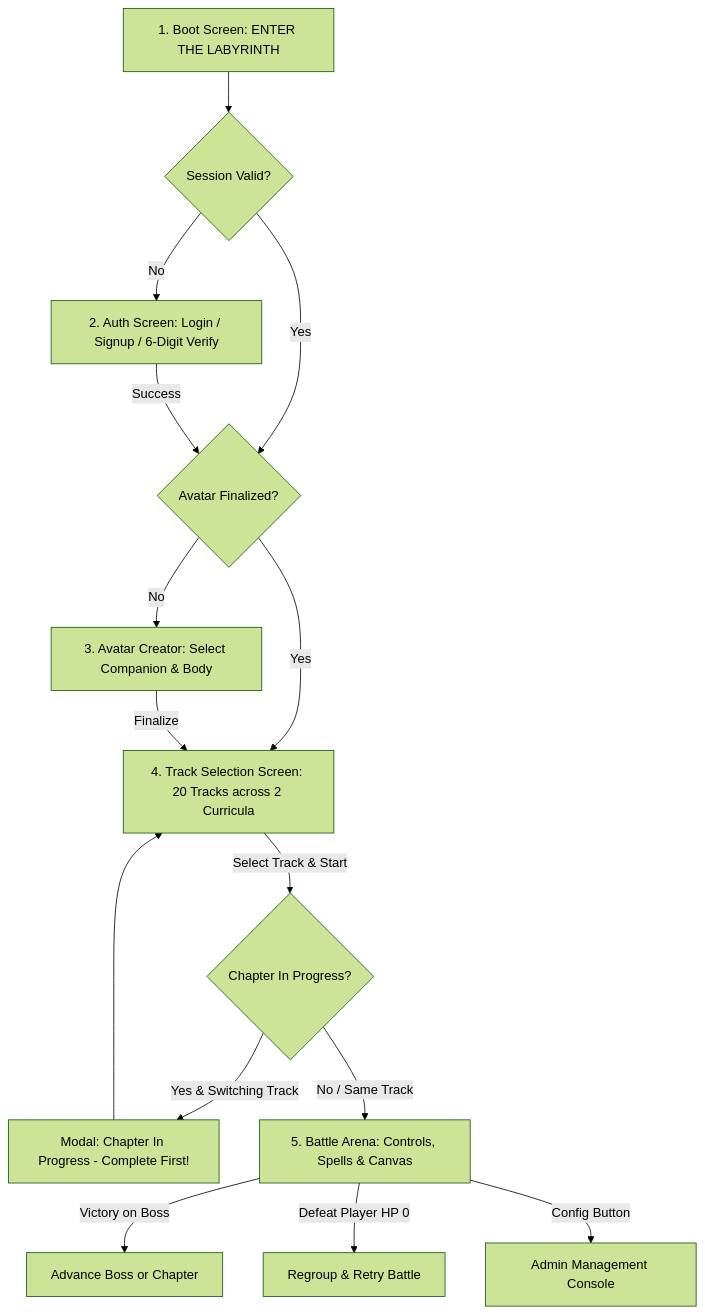
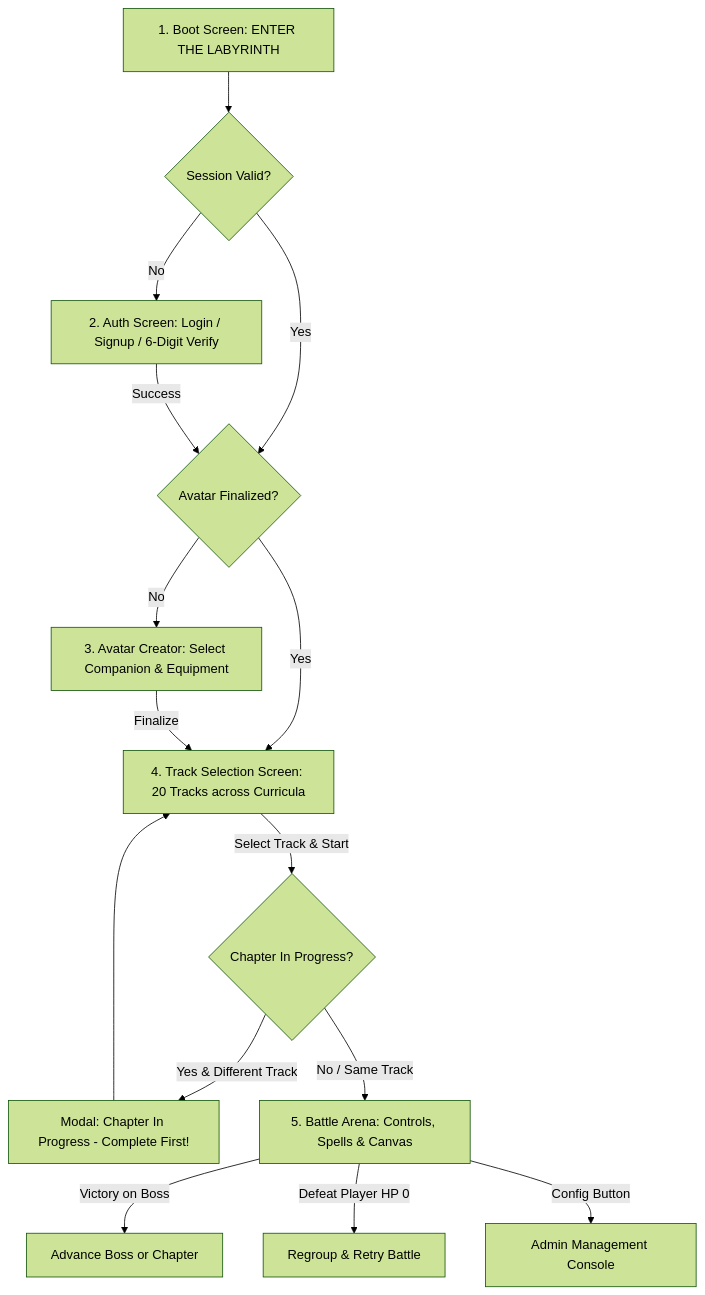
Before and after one commit to DKxi/OrganicBattlesProductionUpgrade: the fifth of 5 diagrams in cookbook.md, drawn with Mermaid (forest theme). The commit also changed other lines of this file, not shown here.

Commit message:
docs: modernize and expand cookbook.md with complete architecture, invariant guards, diagrams, and operational constraints

````diff
--- a/cookbook.md
+++ b/cookbook.md
@@ -485,17 +589,17 @@
 ```mermaid
 graph TD
     Boot[1. Boot Screen: ENTER THE LABYRINTH] --> AuthCheck{Session Valid?}
     AuthCheck -->|No| Auth[2. Auth Screen: Login / Signup / 6-Digit Verify]
     AuthCheck -->|Yes| AvatarCheck{Avatar Finalized?}
     Auth -->|Success| AvatarCheck
-    AvatarCheck -->|No| Avatar[3. Avatar Creator: Select Companion & Body]
-    AvatarCheck -->|Yes| TrackScreen[4. Track Selection Screen: 20 Tracks across 2 Curricula]
+    AvatarCheck -->|No| Avatar[3. Avatar Creator: Select Companion & Equipment]
+    AvatarCheck -->|Yes| TrackScreen[4. Track Selection Screen: 20 Tracks across Curricula]
     Avatar -->|Finalize| TrackScreen
     TrackScreen -->|Select Track & Start| MidChapterGate{Chapter In Progress?}
-    MidChapterGate -->|Yes & Switching Track| BlockedModal[Modal: Chapter In Progress - Complete First!]
+    MidChapterGate -->|Yes & Different Track| BlockedModal[Modal: Chapter In Progress - Complete First!]
     BlockedModal --> TrackScreen
     MidChapterGate -->|No / Same Track| Arena[5. Battle Arena: Controls, Spells & Canvas]
     Arena -->|Victory on Boss| BossAdvance[Advance Boss or Chapter]
     Arena -->|Defeat Player HP 0| RetryModal[Regroup & Retry Battle]
     Arena -->|Config Button| AdminPortal[Admin Management Console]
 ```
````
